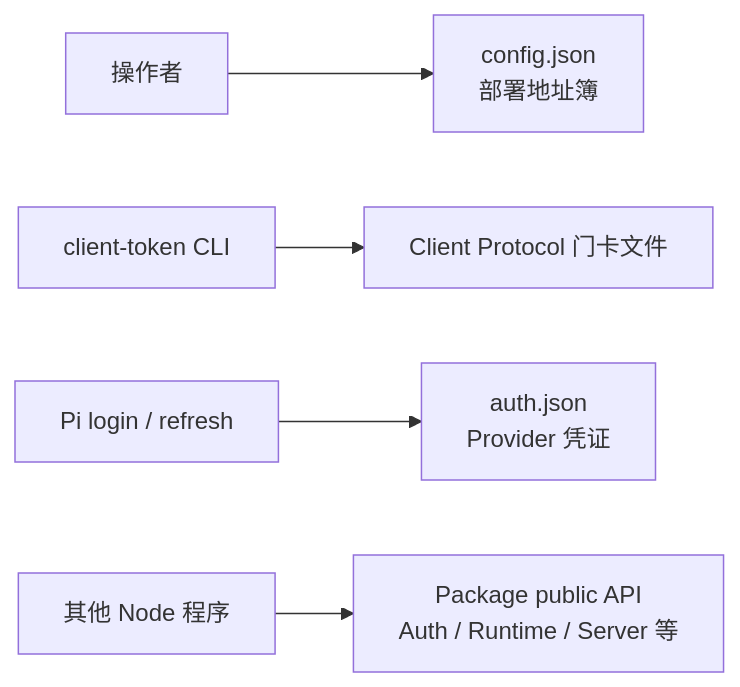
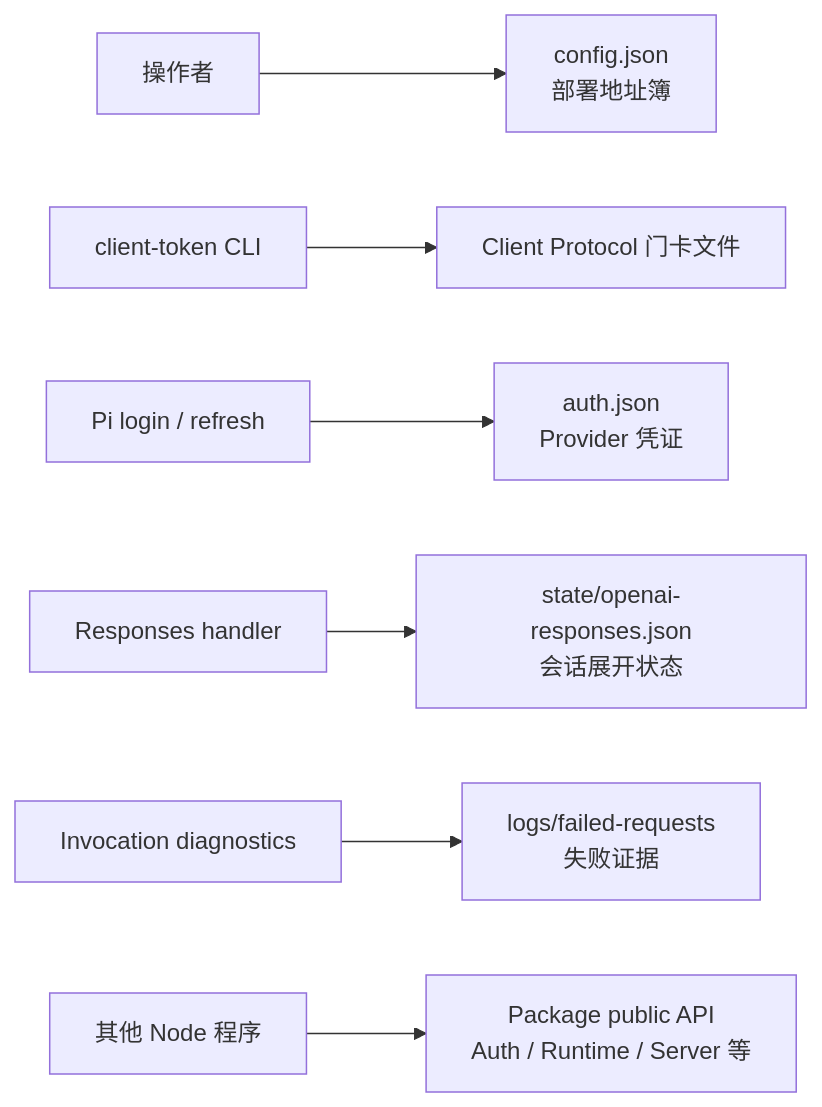
Before and after one commit to keeplearning2026/LuckyToken: diagram 16 of 21 in doc/LuckyTokenArchitecture.md, drawn with Mermaid. The commit also changed other lines of this file and 20 other files, not shown here.

Commit message:
docs: sync Provider Package architecture

````diff
--- a/doc/LuckyTokenArchitecture.md
+++ b/doc/LuckyTokenArchitecture.md
@@ -1960,7 +1986,9 @@
 ```mermaid
 flowchart LR
     OP["操作者"] --> CFG["config.json\n部署地址簿"]
     CT["client-token CLI"] --> CA["Client Protocol 门卡文件"]
     PI["Pi login / refresh"] --> PA["auth.json\nProvider 凭证"]
+    RESP["Responses handler"] --> STATE["state/openai-responses.json\n会话展开状态"]
+    DIAG["Invocation diagnostics"] --> LOGS["logs/failed-requests\n失败证据"]
     APP["其他 Node 程序"] --> API["Package public API\nAuth / Runtime / Server 等"]
 ```
````
